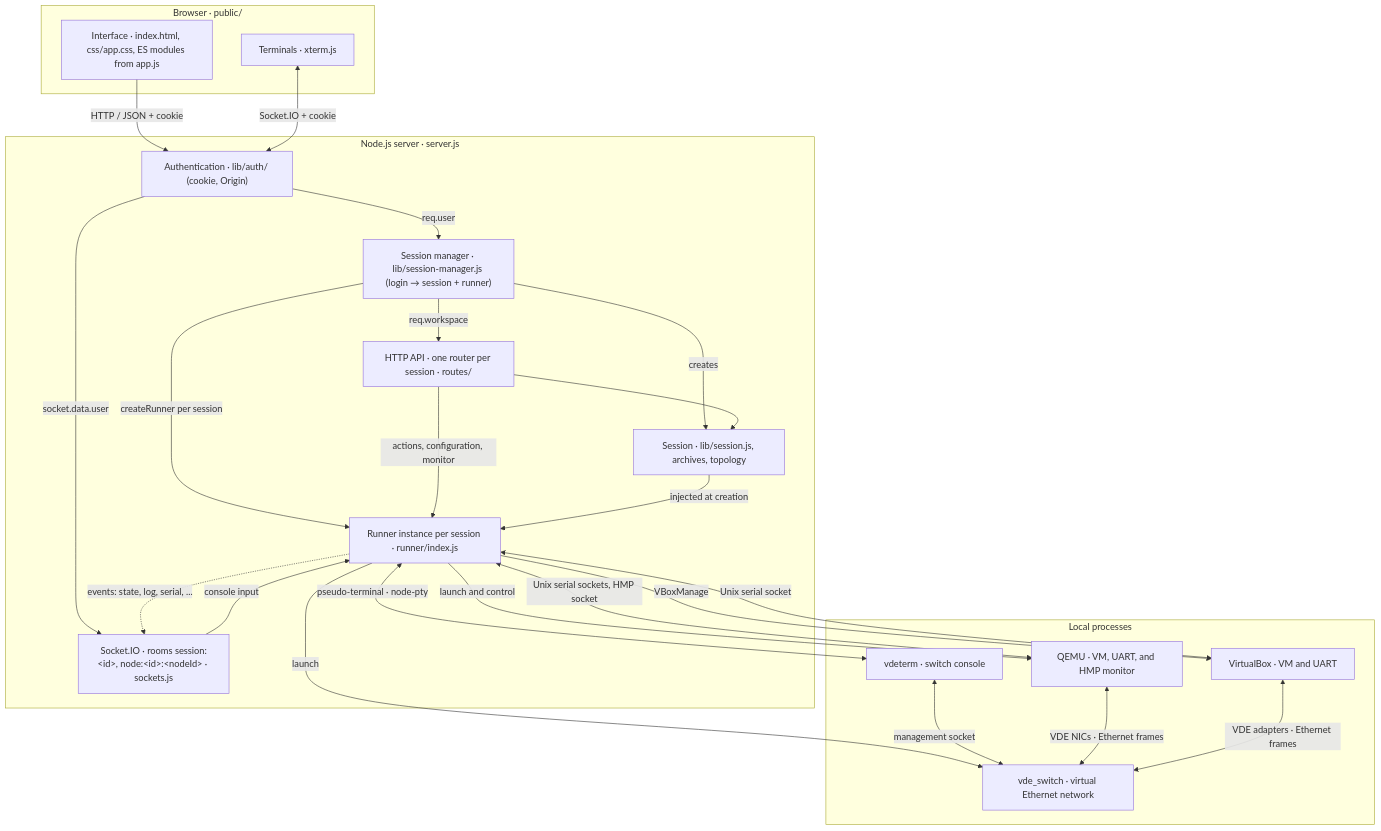
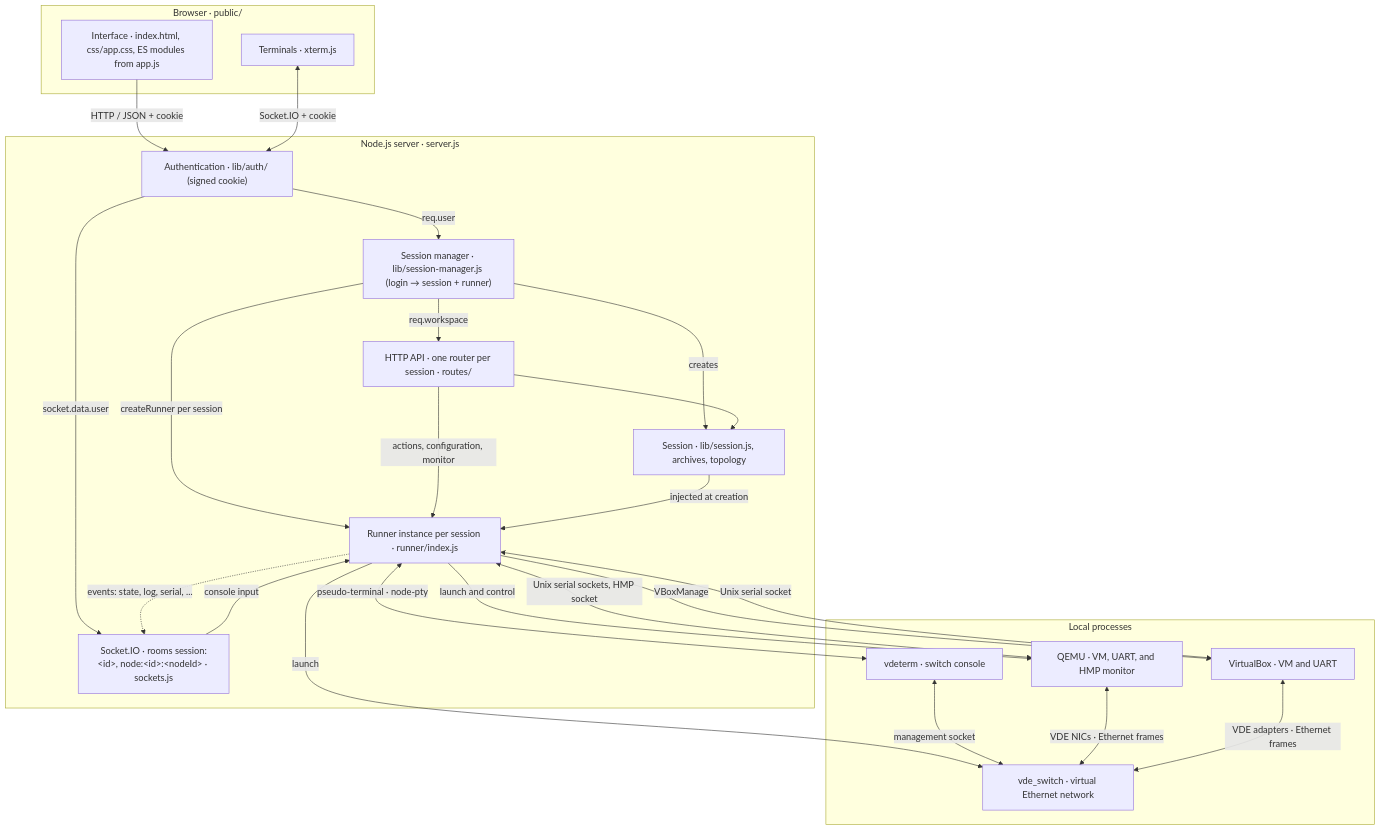
The diagram in docs/architecture.md (orel33/qemuweb), drawn with Mermaid before and after one commit. The commit also changed other lines of this file and 8 other files, not shown here.

````diff
--- a/docs/architecture.md
+++ b/docs/architecture.md
@@ -17,45 +17,45 @@
 ```mermaid
 flowchart TB
   subgraph Browser["Browser · public/"]
     UI["Interface · index.html, css/app.css, ES modules from app.js"]
     Terminal["Terminals · xterm.js"]
   end
 
   subgraph Server["Node.js server · server.js"]
-    Auth["Authentication · lib/auth/ (cookie, Origin)"]
+    Auth["Authentication · lib/auth/ (signed cookie)"]
     Manager["Session manager · lib/session-manager.js (login → session + runner)"]
     Routes["HTTP API · one router per session · routes/"]
     Sockets["Socket.IO · rooms session:&lt;id&gt;, node:&lt;id&gt;:&lt;nodeId&gt; · sockets.js"]
     Session["Session · lib/session.js, archives, topology"]
     Runner["Runner instance per session · runner/index.js"]
   end
 
   subgraph Local["Local processes"]
     QEMU["QEMU · VM, UART, and HMP monitor"]
     VBox["VirtualBox · VM and UART"]
     VDE["vde_switch · virtual Ethernet network"]
     VDeterm["vdeterm · switch console"]
   end
 
   UI -->|"HTTP / JSON + cookie"| Auth
   Terminal <-->|"Socket.IO + cookie"| Auth
   Auth -->|"req.user"| Manager
   Auth -->|"socket.data.user"| Sockets
   Manager -->|"req.workspace"| Routes
   Manager -->|"creates"| Session
   Manager -->|"createRunner per session"| Runner
   Routes --> Session
   Routes -->|"actions, configuration, monitor"| Runner
   Sockets -->|"console input"| Runner
   Runner -.->|"events: state, log, serial, ..."| Sockets
   Session -->|"injected at creation"| Runner
   Runner -->|"launch and control"| QEMU
   Runner -->|"VBoxManage"| VBox
   Runner -->|"launch"| VDE
   Runner <-->|"Unix serial sockets, HMP socket"| QEMU
   Runner <-->|"Unix serial socket"| VBox
   Runner <-->|"pseudo-terminal · node-pty"| VDeterm
   VDeterm <-->|"management socket"| VDE
   QEMU <-->|"VDE NICs · Ethernet frames"| VDE
   VBox <-->|"VDE adapters · Ethernet frames"| VDE
 ```
````
